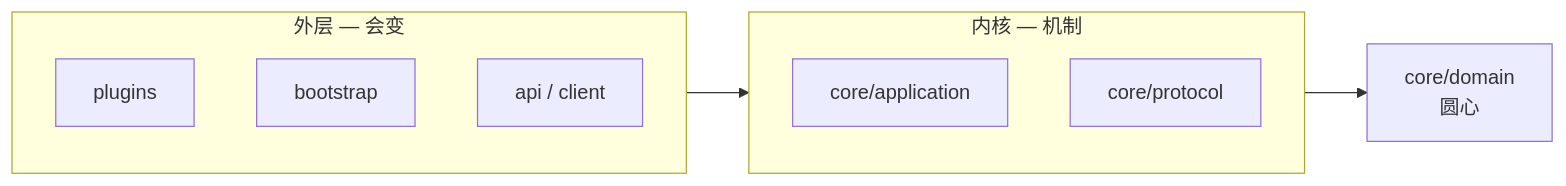
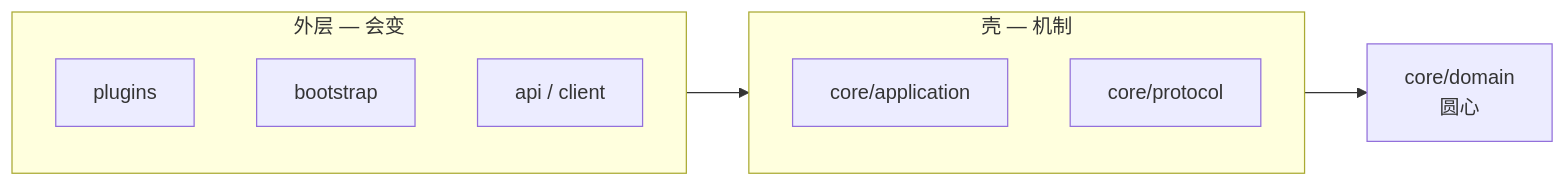
One commit to GOODDAYDAY/my-harness-desktop changed the third of 5 diagrams in README_zh.md. Above: the diagram before and after it, drawn with Mermaid. The commit also changed other lines of this file and 1 other file, not shown here.

````diff
--- a/README_zh.md
+++ b/README_zh.md
@@ -160,14 +165,14 @@
 ```mermaid
 flowchart LR
     subgraph outer[外层 — 会变]
         P[plugins]
         B[bootstrap]
         C[api / client]
     end
-    subgraph mid[内核 — 机制]
+    subgraph mid[壳 — 机制]
         A[core/application]
         R[core/protocol]
     end
     D[core/domain<br/>圆心]
     outer --> mid --> D
 ```
````
